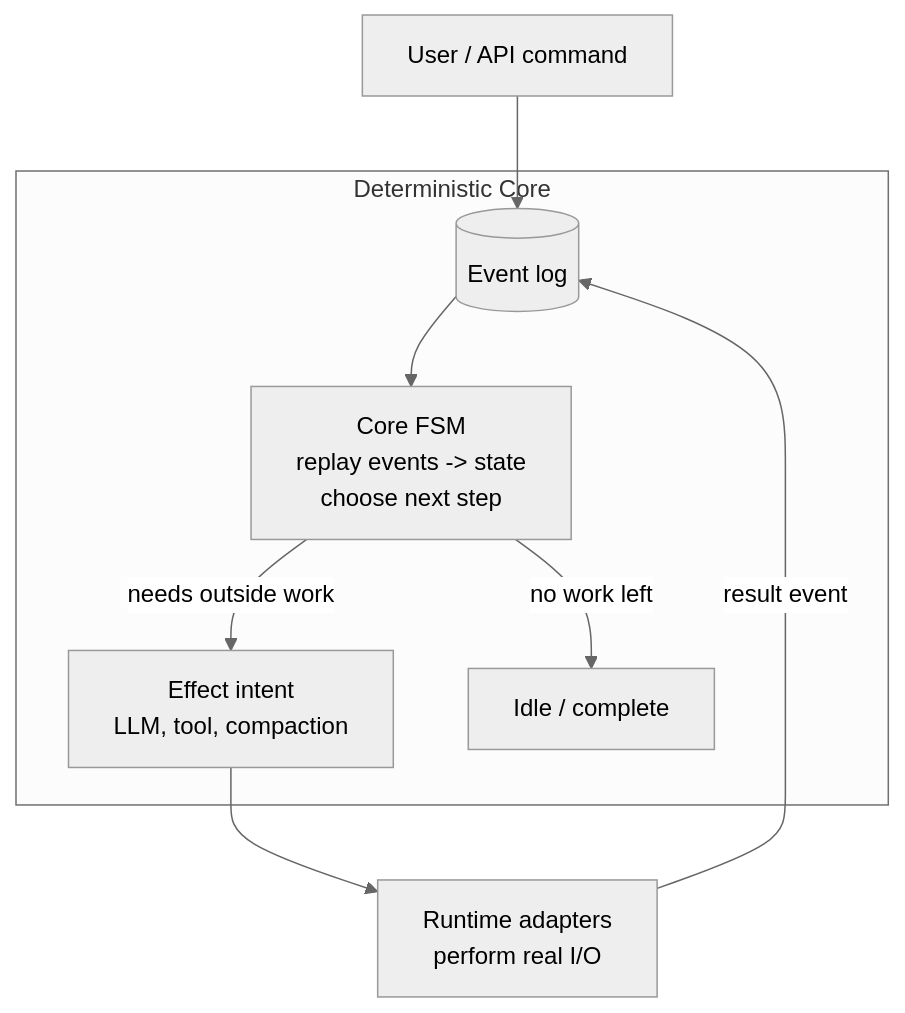
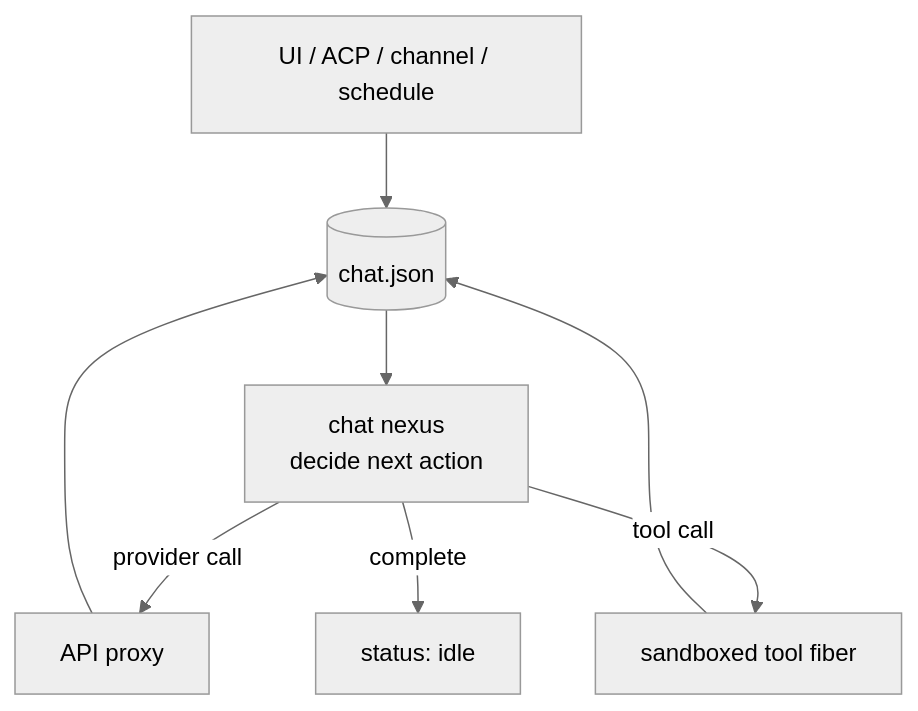
One commit to mopfel-winrux/urbit-agent-harness changed the diagram in docs-refs/lightspeed-design.md. Above: the diagram before and after it, drawn with Mermaid (neutral theme). The commit also changed other lines of this file and 49 other files, not shown here.

````diff
--- a/docs-refs/lightspeed-design.md
+++ b/docs-refs/lightspeed-design.md
@@ -16,18 +20,10 @@
 ```mermaid
 flowchart TD
-  Command["User / API command"] --> Log
-
-  subgraph CoreBox["Deterministic Core"]
-    Log[("Event log")]
-    Core["Core FSM<br/>replay events -> state<br/>choose next step"]
-    Intent["Effect intent<br/>LLM, tool, compaction"]
-    Idle["Idle / complete"]
-
-    Log --> Core
-    Core -->|needs outside work| Intent
-    Core -->|no work left| Idle
-  end
-
-  Intent --> Runtime["Runtime adapters<br/>perform real I/O"]
-  Runtime -->|result event| Log
+  Input["UI / ACP / channel / schedule"] --> Chat[("chat.json")]
+  Chat --> Decide["chat nexus\ndecide next action"]
+  Decide -->|provider call| API["API proxy"]
+  Decide -->|tool call| Tool["sandboxed tool fiber"]
+  API --> Chat
+  Tool --> Chat
+  Decide -->|complete| Idle["status: idle"]
 ```
````
